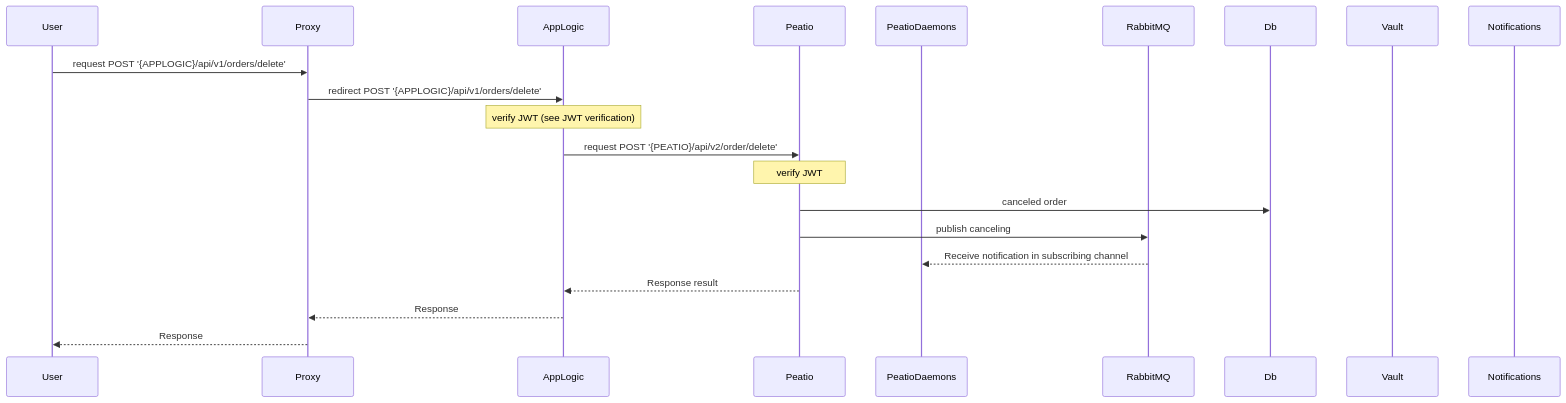
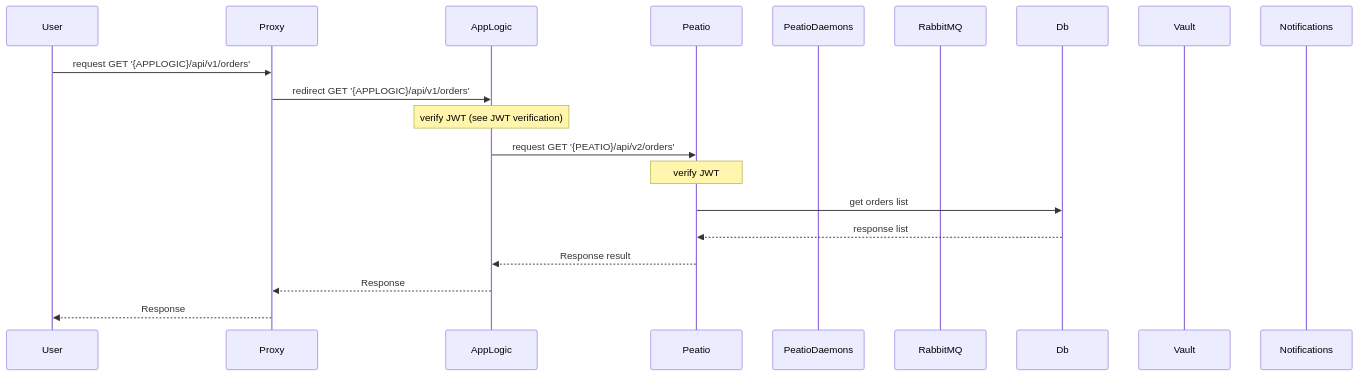
One commit to sergii-savchenko/rkcp_arch changed the fifth of 9 diagrams in content/3.010.orders.md. Above: the diagram before and after it, drawn with Mermaid. The commit also changed other lines of this file and 2 other files, not shown here.

````diff
--- a/content/3.010.orders.md
+++ b/content/3.010.orders.md
@@ -48,26 +166,25 @@
 ```mermaid
 sequenceDiagram
     participant User
     participant Proxy
     participant AppLogic
     participant Peatio
     participant PeatioDaemons
     participant RabbitMQ
     participant Db
     participant Vault
     participant Notifications
 
-    User->>Proxy: request POST '{APPLOGIC}/api/v1/orders/delete'
-    Proxy->>AppLogic: redirect POST '{APPLOGIC}/api/v1/orders/delete'
+    User->>Proxy: request GET '{APPLOGIC}/api/v1/orders'
+    Proxy->>AppLogic: redirect GET '{APPLOGIC}/api/v1/orders'
     Note over AppLogic: verify JWT (see JWT verification)
-    AppLogic->>Peatio: request POST '{PEATIO}/api/v2/order/delete'
+    AppLogic->>Peatio: request GET '{PEATIO}/api/v2/orders'
     Note over Peatio: verify JWT
-    Peatio->>Db: canceled order
-    Peatio->>RabbitMQ: publish canceling
-    RabbitMQ-->>PeatioDaemons: Receive notification in subscribing channel
+    Peatio->>Db: get orders list
+    Db-->>Peatio: response list
 
     Peatio-->>AppLogic: Response result
 
     AppLogic-->>Proxy: Response
     Proxy-->>User: Response
 ```
````
